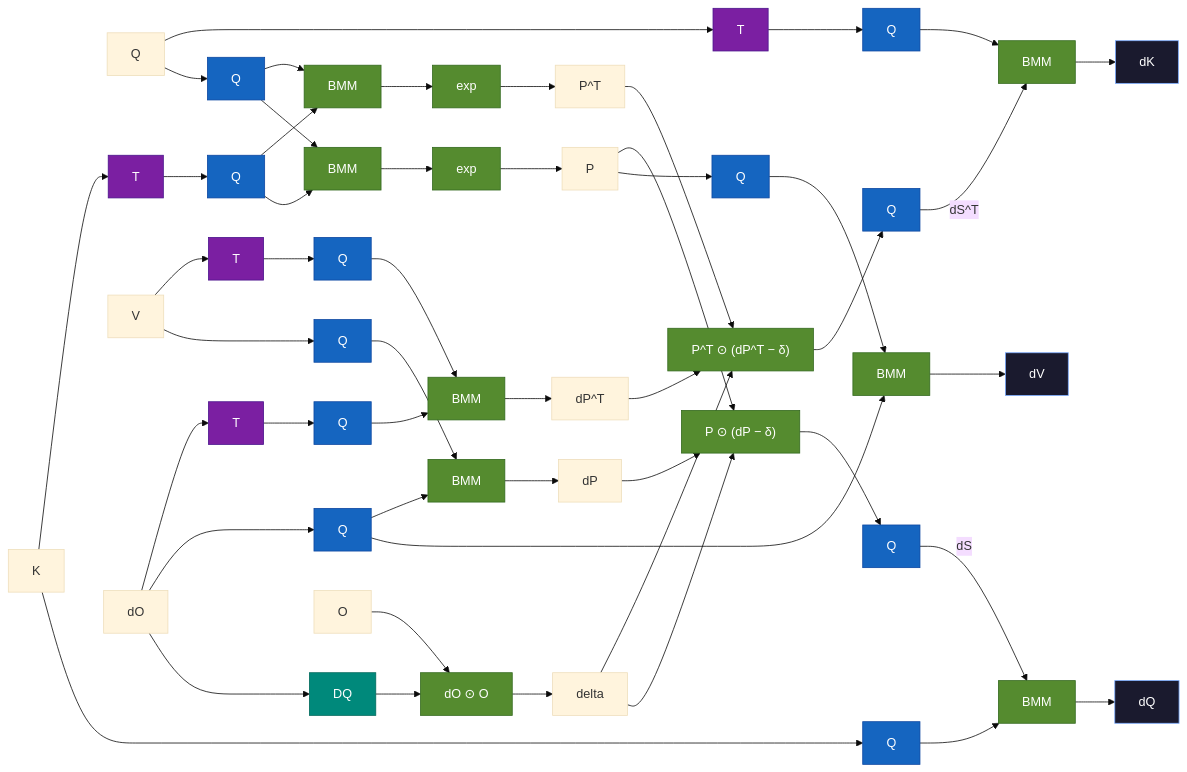
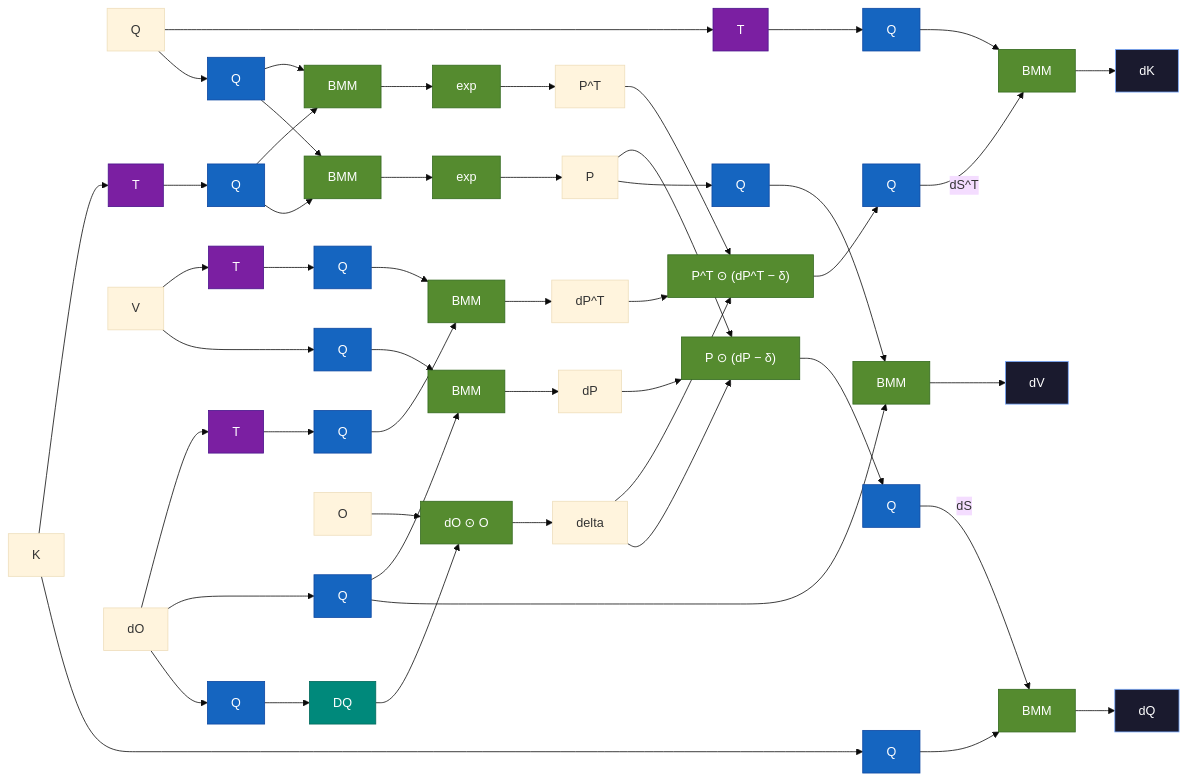
One commit to NVIDIA/cudnn-frontend changed the second of 2 diagrams in _posts/2026-04-20-mxfp8-attention-scaling.md. Above: the diagram before and after it, drawn with Mermaid (base theme).

Commit message:
Add missing Q before DQ on dO path to delta in backward diagram
The dO → dO⊙O path should be dO → Q → DQ → dO⊙O (quantize then
dequantize). O → dO⊙O remains direct.

````diff
--- a/_posts/2026-04-20-mxfp8-attention-scaling.md
+++ b/_posts/2026-04-20-mxfp8-attention-scaling.md
@@ -103,82 +103,81 @@
 ```mermaid
 graph LR
     %% ── Q input paths ──
     inp_Q["Q"] --> t_q["T"]:::xpose --> tq_q["Q"]:::quant
     inp_Q --> q_q["Q"]:::quant
 
     %% ── K input paths ──
     inp_K["K"] --> t_k["T"]:::xpose --> tq_k["Q"]:::quant
     inp_K --> q_k["Q"]:::quant
 
     %% ── S Recomputation (two orientations) ──
     q_q --> bmm_pt["BMM"]:::compute
     tq_k --> bmm_pt
     bmm_pt --> exp_pt["exp"]:::compute
     exp_pt --> PT["P^T"]
 
     q_q --> bmm_p["BMM"]:::compute
     tq_k --> bmm_p
     bmm_p --> exp_p["exp"]:::compute
     exp_p --> P["P"]
 
     %% ── V input paths ──
     inp_V["V"] --> t_v["T"]:::xpose --> tq_v["Q"]:::quant
     inp_V --> q_v["Q"]:::quant
 
     %% ── dO input paths ──
     inp_dO["dO"] --> t_do["T"]:::xpose --> tq_do["Q"]:::quant
     inp_dO --> q_do["Q"]:::quant
-    inp_dO --> dq_do["DQ"]:::dequant
-
     %% ── O input ──
     inp_O["O"]
 
     %% ── dP computation (two orientations) ──
     tq_v --> bmm_dpt["BMM"]:::compute
     tq_do --> bmm_dpt
     bmm_dpt --> dPT["dP^T"]
 
     q_v --> bmm_dp["BMM"]:::compute
     q_do --> bmm_dp
     bmm_dp --> dP["dP"]
 
     %% ── Delta computation ──
-    dq_do --> mul_oo["dO ⊙ O"]:::compute
+    inp_dO --> q_do_delta["Q"]:::quant
+    q_do_delta --> dq_do["DQ"]:::dequant --> mul_oo["dO ⊙ O"]:::compute
     inp_O --> mul_oo
     mul_oo --> delta["delta"]
 
     %% ── dS^T path ──
     PT --> comp_dst["P^T ⊙ (dP^T − δ)"]:::compute
     dPT --> comp_dst
     delta --> comp_dst
     comp_dst --> q_dst["Q"]:::quant
 
     %% ── dS path ──
     P --> comp_ds["P ⊙ (dP − δ)"]:::compute
     dP --> comp_ds
     delta --> comp_ds
     comp_ds --> q_ds["Q"]:::quant
 
     %% ── Output: dK = dS^T × Q ──
     q_dst -->|"dS^T"| bmm_dk["BMM"]:::compute
     tq_q --> bmm_dk
     bmm_dk --> out_dk["dK"]:::output
 
     %% ── Output: dQ = dS × K ──
     q_ds -->|"dS"| bmm_dq["BMM"]:::compute
     q_k --> bmm_dq
     bmm_dq --> out_dq["dQ"]:::output
 
     %% ── Output: dV = P^T × dO ──
     P --> q_p["Q"]:::quant
     q_p --> bmm_dv["BMM"]:::compute
     q_do --> bmm_dv
     bmm_dv --> out_dv["dV"]:::output
 
     %% ── Style Classes ──
     classDef xpose fill:#7b1fa2,stroke:#4a148c,color:#fff
     classDef quant fill:#1565c0,stroke:#0d47a1,color:#fff
     classDef dequant fill:#00897b,stroke:#00695c,color:#fff
     classDef compute fill:#558b2f,stroke:#33691e,color:#fff
     classDef output fill:#1a1a2e,stroke:#79aaff,color:#fff
 ```
````
